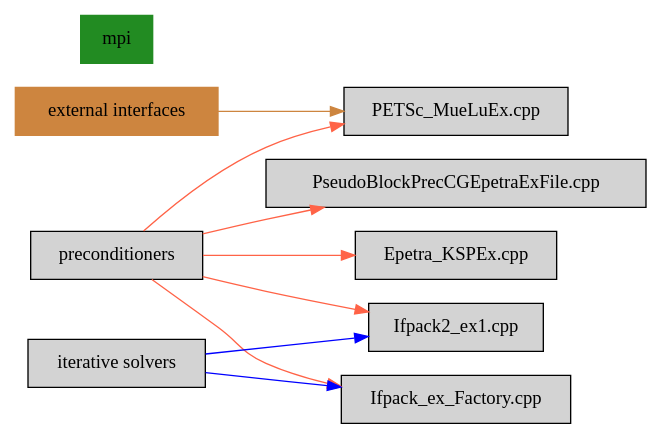
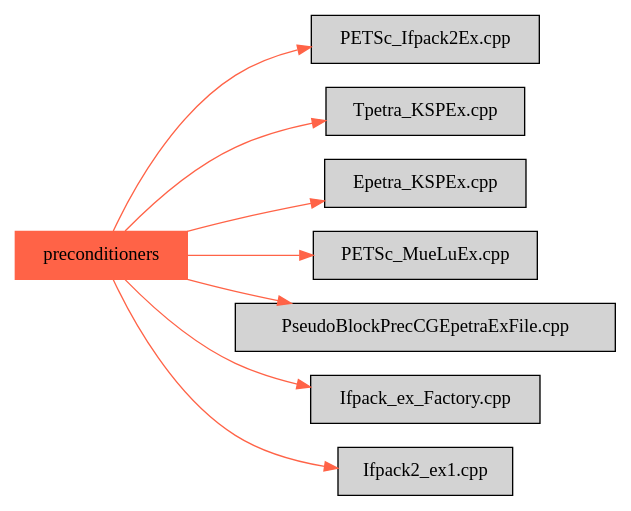
One commit to duongdo27/TrilinosConceptMap changed the diagram in markdown/category_preconditioners.dot. Above: the diagram before and after it, drawn with Graphviz. The commit also changed 12 other files, not shown here.

```diff
--- a/markdown/category_preconditioners.dot
+++ b/markdown/category_preconditioners.dot
@@ -1,16 +1,14 @@
 digraph bettersoftware {
             rankdir = LR;
             ratio = fill;
             node [style=filled];
             node [shape = box];
+"preconditioners" [colorscheme="svg" color="tomato"];
+"preconditioners" ->  "PETSc_Ifpack2Ex.cpp" [colorscheme="svg" color="tomato"];
+"preconditioners" ->  "Tpetra_KSPEx.cpp" [colorscheme="svg" color="tomato"];
 "preconditioners" ->  "Epetra_KSPEx.cpp" [colorscheme="svg" color="tomato"];
-"external interfaces" [colorscheme="svg" color="peru"];
 "preconditioners" ->  "PETSc_MueLuEx.cpp" [colorscheme="svg" color="tomato"];
-"external interfaces" ->  "PETSc_MueLuEx.cpp" [colorscheme="svg" color="peru"];
 "preconditioners" ->  "PseudoBlockPrecCGEpetraExFile.cpp" [colorscheme="svg" color="tomato"];
-"iterative solvers" ->  "Ifpack_ex_Factory.cpp" [colorscheme="svg" color="blue"];
 "preconditioners" ->  "Ifpack_ex_Factory.cpp" [colorscheme="svg" color="tomato"];
-"iterative solvers" ->  "Ifpack2_ex1.cpp" [colorscheme="svg" color="blue"];
 "preconditioners" ->  "Ifpack2_ex1.cpp" [colorscheme="svg" color="tomato"];
-"mpi" [colorscheme="svg" color="forestgreen"];
 }
```
